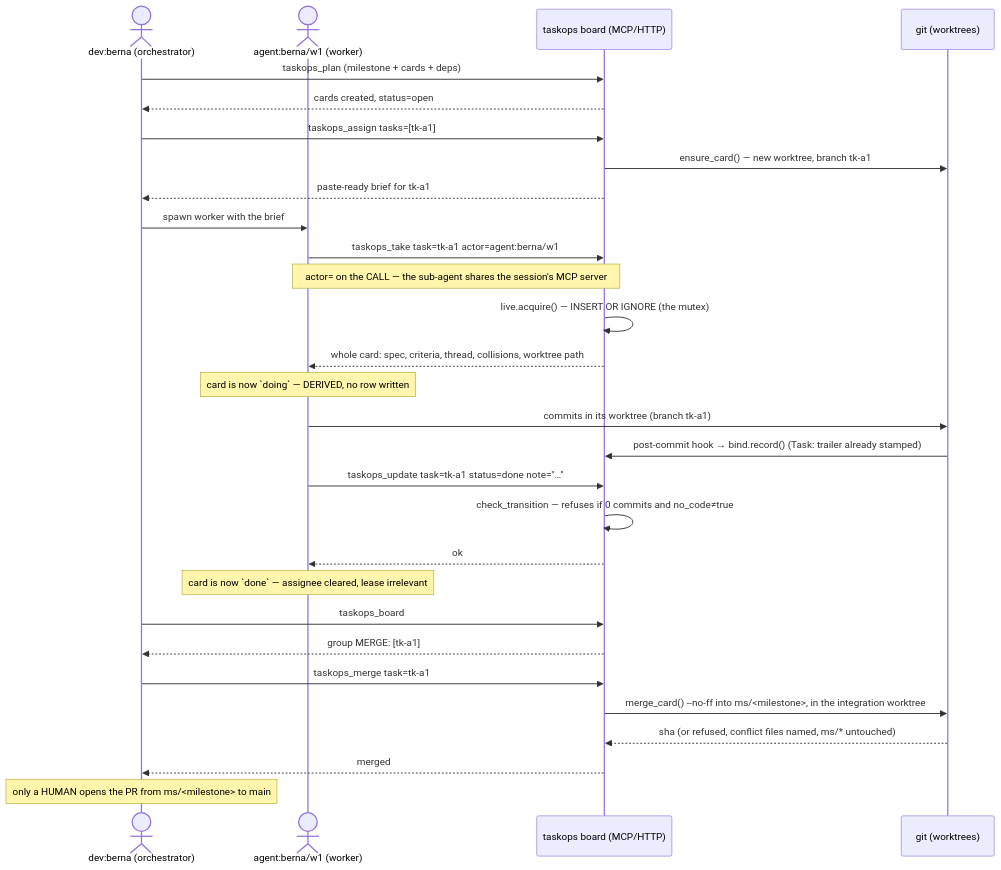
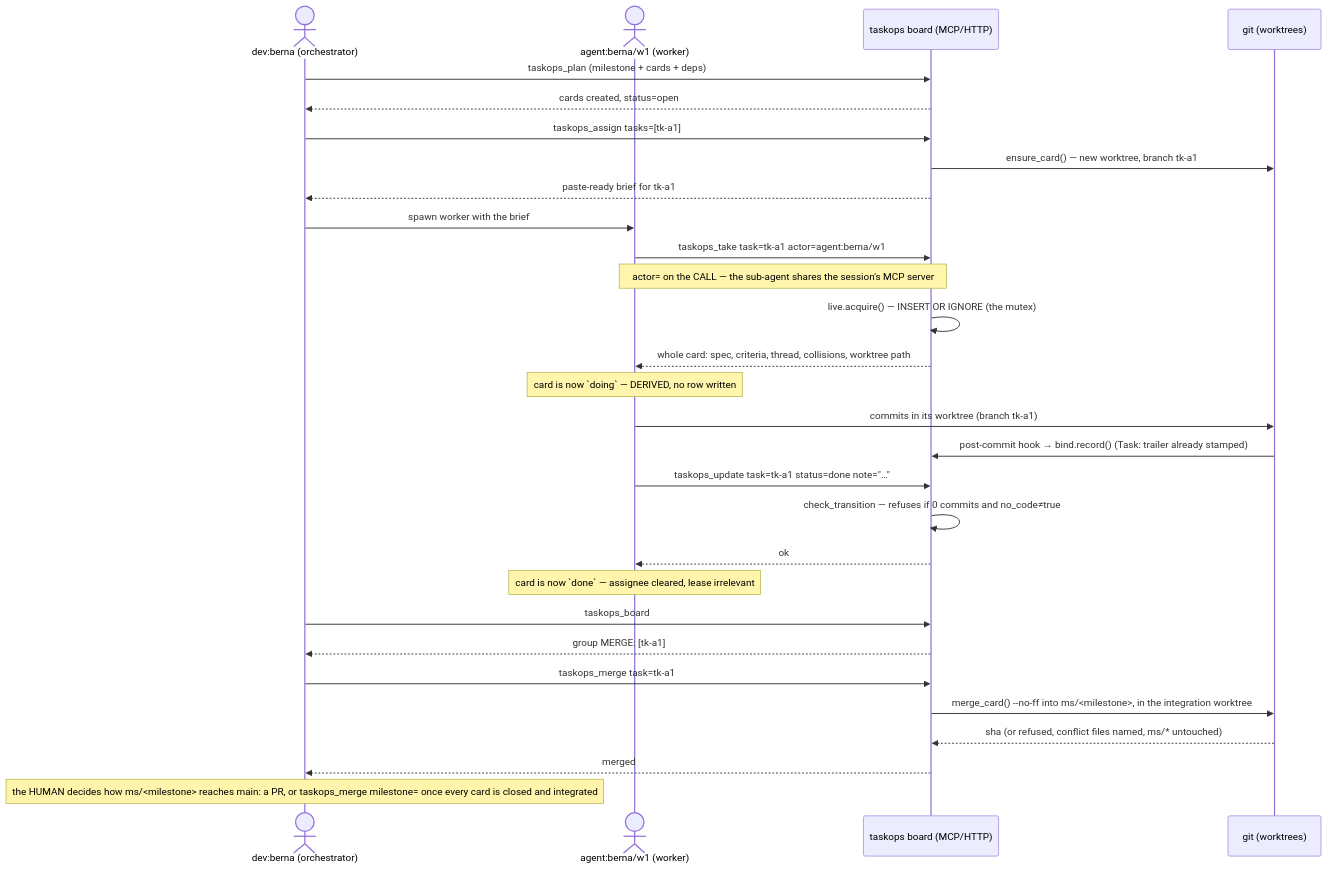
The seventh of 8 diagrams in ARCHITECTURE.md (bernatch22/taskops), drawn with Mermaid before and after one commit. The commit also changed other lines of this file and 4 other files, not shown here.

Commit message:
docs: main moves by the human's explicit call — PR or taskops_merge milestone=, never raw git

````diff
--- a/ARCHITECTURE.md
+++ b/ARCHITECTURE.md
@@ -366,38 +366,38 @@
 ```mermaid
 sequenceDiagram
     actor Dev as dev:berna (orchestrator)
     actor W1 as agent:berna/w1 (worker)
     participant Board as taskops board (MCP/HTTP)
     participant Git as git (worktrees)
 
     Dev->>Board: taskops_plan (milestone + cards + deps)
     Board-->>Dev: cards created, status=open
 
     Dev->>Board: taskops_assign tasks=[tk-a1]
     Board->>Git: ensure_card() — new worktree, branch tk-a1
     Board-->>Dev: paste-ready brief for tk-a1
     Dev->>W1: spawn worker with the brief
 
     W1->>Board: taskops_take task=tk-a1 actor=agent:berna/w1
     Note over W1,Board: actor= on the CALL — the sub-agent shares the session's MCP server
     Board->>Board: live.acquire() — INSERT OR IGNORE (the mutex)
     Board-->>W1: whole card: spec, criteria, thread, collisions, worktree path
     Note over W1: card is now `doing` — DERIVED, no row written
 
     W1->>Git: commits in its worktree (branch tk-a1)
     Git->>Board: post-commit hook → bind.record() (Task: trailer already stamped)
 
     W1->>Board: taskops_update task=tk-a1 status=done note="…"
     Board->>Board: check_transition — refuses if 0 commits and no_code≠true
     Board-->>W1: ok
     Note over W1: card is now `done` — assignee cleared, lease irrelevant
 
     Dev->>Board: taskops_board
     Board-->>Dev: group MERGE: [tk-a1]
     Dev->>Board: taskops_merge task=tk-a1
     Board->>Git: merge_card() --no-ff into ms/<milestone>, in the integration worktree
     Git-->>Board: sha (or refused, conflict files named, ms/* untouched)
     Board-->>Dev: merged
 
-    Note over Dev: only a HUMAN opens the PR from ms/<milestone> to main
+    Note over Dev: the HUMAN decides how ms/<milestone> reaches main: a PR, or taskops_merge milestone= once every card is closed and integrated
 ```
````
